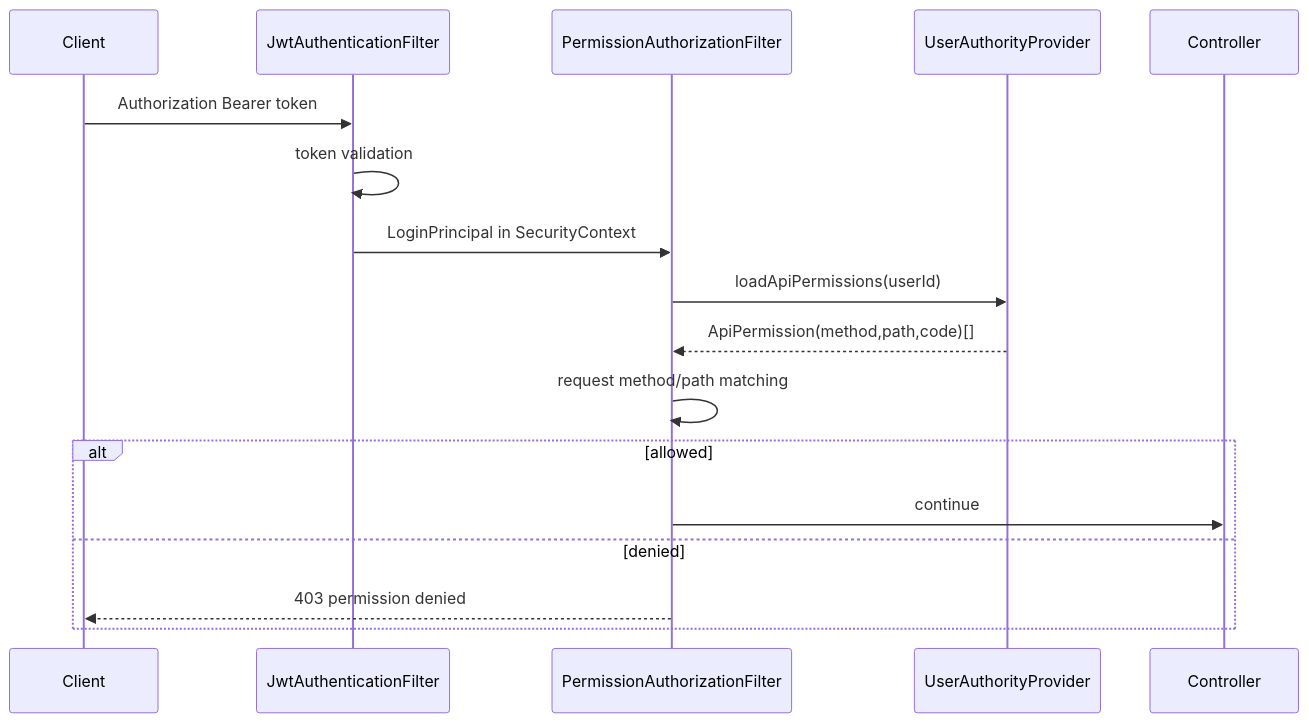
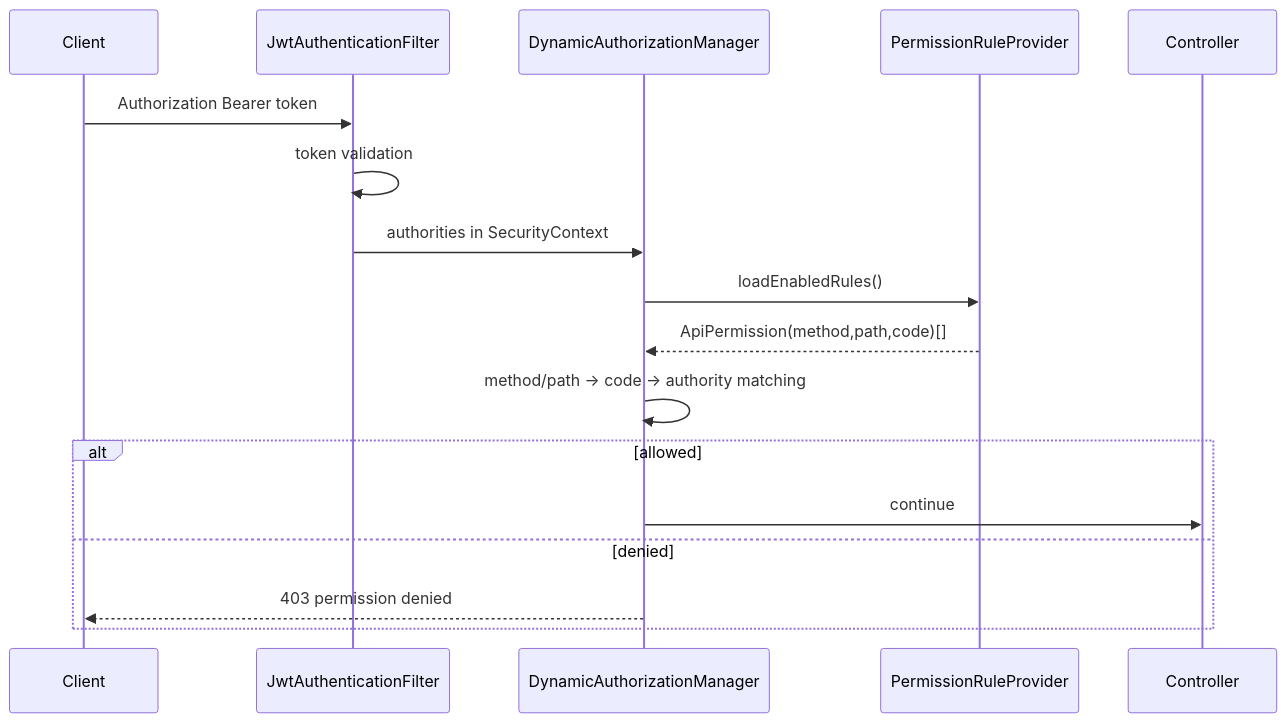
Before and after one commit to yaoxia0703/manpower-blog-monorepo: the first of 2 diagrams in manpower-blog-backend/dos/ARCHITECTURE.md, drawn with Mermaid. The commit also changed other lines of this file and 64 other files, not shown here.

````diff
--- a/manpower-blog-backend/dos/ARCHITECTURE.md
+++ b/manpower-blog-backend/dos/ARCHITECTURE.md
@@ -137,20 +138,20 @@
 ```mermaid
 sequenceDiagram
     participant Client
     participant JwtFilter as JwtAuthenticationFilter
-    participant AuthzFilter as PermissionAuthorizationFilter
-    participant Provider as UserAuthorityProvider
+    participant AuthzManager as DynamicAuthorizationManager
+    participant Provider as PermissionRuleProvider
     participant Controller
 
     Client->>JwtFilter: Authorization Bearer token
     JwtFilter->>JwtFilter: token validation
-    JwtFilter->>AuthzFilter: LoginPrincipal in SecurityContext
-    AuthzFilter->>Provider: loadApiPermissions(userId)
-    Provider-->>AuthzFilter: ApiPermission(method,path,code)[]
-    AuthzFilter->>AuthzFilter: request method/path matching
+    JwtFilter->>AuthzManager: authorities in SecurityContext
+    AuthzManager->>Provider: loadEnabledRules()
+    Provider-->>AuthzManager: ApiPermission(method,path,code)[]
+    AuthzManager->>AuthzManager: method/path -> code -> authority matching
     alt allowed
-        AuthzFilter->>Controller: continue
+        AuthzManager->>Controller: continue
     else denied
-        AuthzFilter-->>Client: 403 permission denied
+        AuthzManager-->>Client: 403 permission denied
     end
 ```
````
